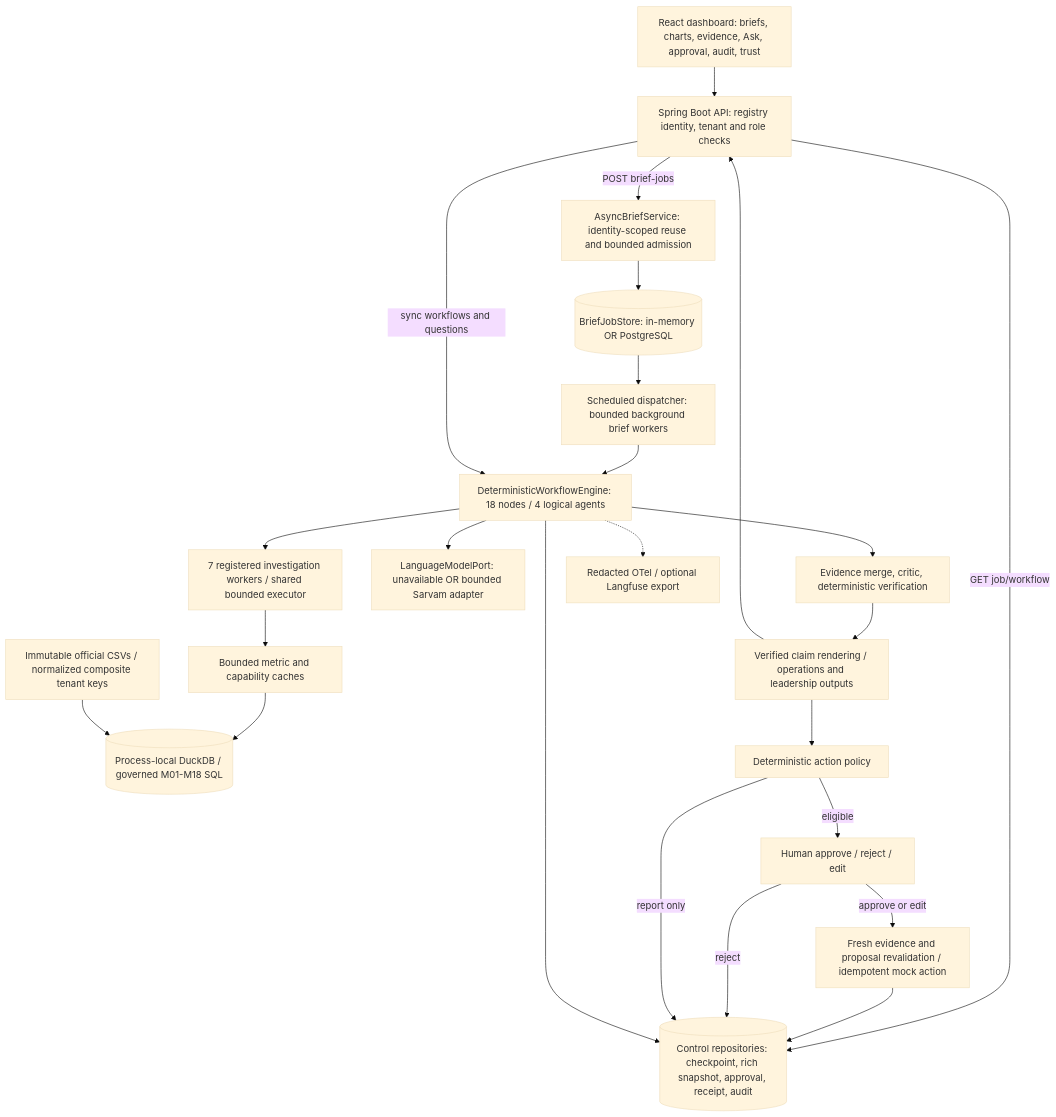
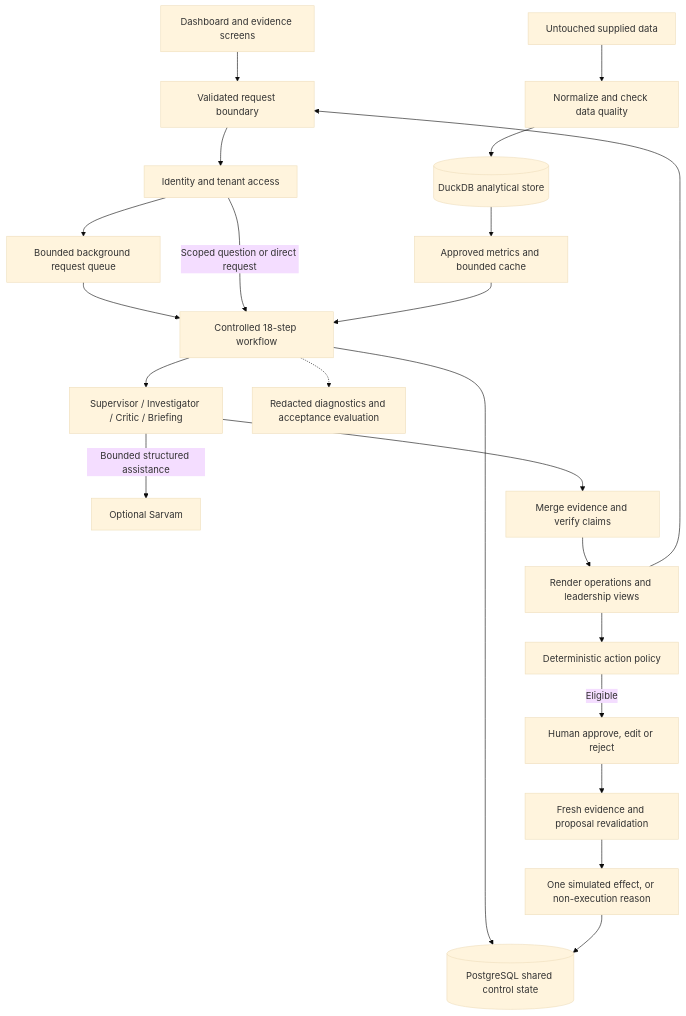
Before and after one commit to magicashu/nextgenaicoders-moveinsync: the diagram in docs/high-level-design.md, drawn with Mermaid (base theme). The commit also changed other lines of this file and 12 other files, not shown here.

```diff
--- a/docs/high-level-design.md
+++ b/docs/high-level-design.md
@@ -13,39 +9,24 @@
 ~~~mermaid
-flowchart TB
-    UI["React dashboard: briefs, charts, evidence, Ask, approval, audit, trust"]
-    API["Spring Boot API: registry identity, tenant and role checks"]
-    JOB["AsyncBriefService: identity-scoped reuse and bounded admission"]
-    STORE[("BriefJobStore: in-memory OR PostgreSQL")]
-    DISPATCH["Scheduled dispatcher: bounded background brief workers"]
-    ENGINE["DeterministicWorkflowEngine: 18 nodes / 4 logical agents"]
-    TOOLS["7 registered investigation workers / shared bounded executor"]
-    CACHE["Bounded metric and capability caches"]
-    DUCK[("Process-local DuckDB / governed M01-M18 SQL")]
-    CSV["Immutable official CSVs / normalized composite tenant keys"]
-    MODEL["LanguageModelPort: unavailable OR bounded Sarvam adapter"]
-    VERIFY["Evidence merge, critic, deterministic verification"]
-    BRIEF["Verified claim rendering / operations and leadership outputs"]
-    GATE["Deterministic action policy"]
-    APPROVAL["Human approve / reject / edit"]
-    EXEC["Fresh evidence and proposal revalidation / idempotent mock action"]
-    CONTROL[("Control repositories: checkpoint, rich snapshot, approval, receipt, audit")]
-    TRACE["Redacted OTel / optional Langfuse export"]
-    UI --> API
-    API -->|"POST brief-jobs"| JOB
-    JOB --> STORE
-    STORE --> DISPATCH
-    DISPATCH --> ENGINE
-    API -->|"sync workflows and questions"| ENGINE
-    API -->|"GET job/workflow"| CONTROL
-    ENGINE --> TOOLS --> CACHE --> DUCK
-    CSV --> DUCK
-    ENGINE --> MODEL
-    ENGINE --> VERIFY --> BRIEF --> GATE
-    GATE -->|"eligible"| APPROVAL
-    APPROVAL -->|"approve or edit"| EXEC --> CONTROL
-    APPROVAL -->|"reject"| CONTROL
-    GATE -->|"report only"| CONTROL
-    ENGINE --> CONTROL
-    BRIEF --> API
-    ENGINE -.-> TRACE
+flowchart TD
+    UI["Dashboard and evidence screens"] --> API["Validated request boundary"]
+    API --> AUTH["Identity and tenant access"]
+    AUTH --> JOB["Bounded background request queue"]
+    JOB --> FLOW["Controlled 18-step workflow"]
+    AUTH -->|"Scoped question or direct request"| FLOW
+    DATA["Untouched supplied data"] --> LOAD["Normalize and check data quality"]
+    LOAD --> STORE[("DuckDB analytical store")]
+    STORE --> METRIC["Approved metrics and bounded cache"]
+    METRIC --> FLOW
+    FLOW --> AGENTS["Supervisor / Investigator / Critic / Briefing"]
+    AGENTS -->|"Bounded structured assistance"| MODEL["Optional Sarvam"]
+    AGENTS --> EVIDENCE["Merge evidence and verify claims"]
+    EVIDENCE --> REPORT["Render operations and leadership views"]
+    REPORT --> POLICY["Deterministic action policy"]
+    POLICY -->|"Eligible"| HUMAN["Human approve, edit or reject"]
+    HUMAN --> RECHECK["Fresh evidence and proposal revalidation"]
+    RECHECK --> EFFECT["One simulated effect, or non-execution reason"]
+    FLOW --> CONTROL[("PostgreSQL shared control state")]
+    EFFECT --> CONTROL
+    REPORT --> API
+    FLOW -.-> TRACE["Redacted diagnostics and acceptance evaluation"]
 ~~~
```
